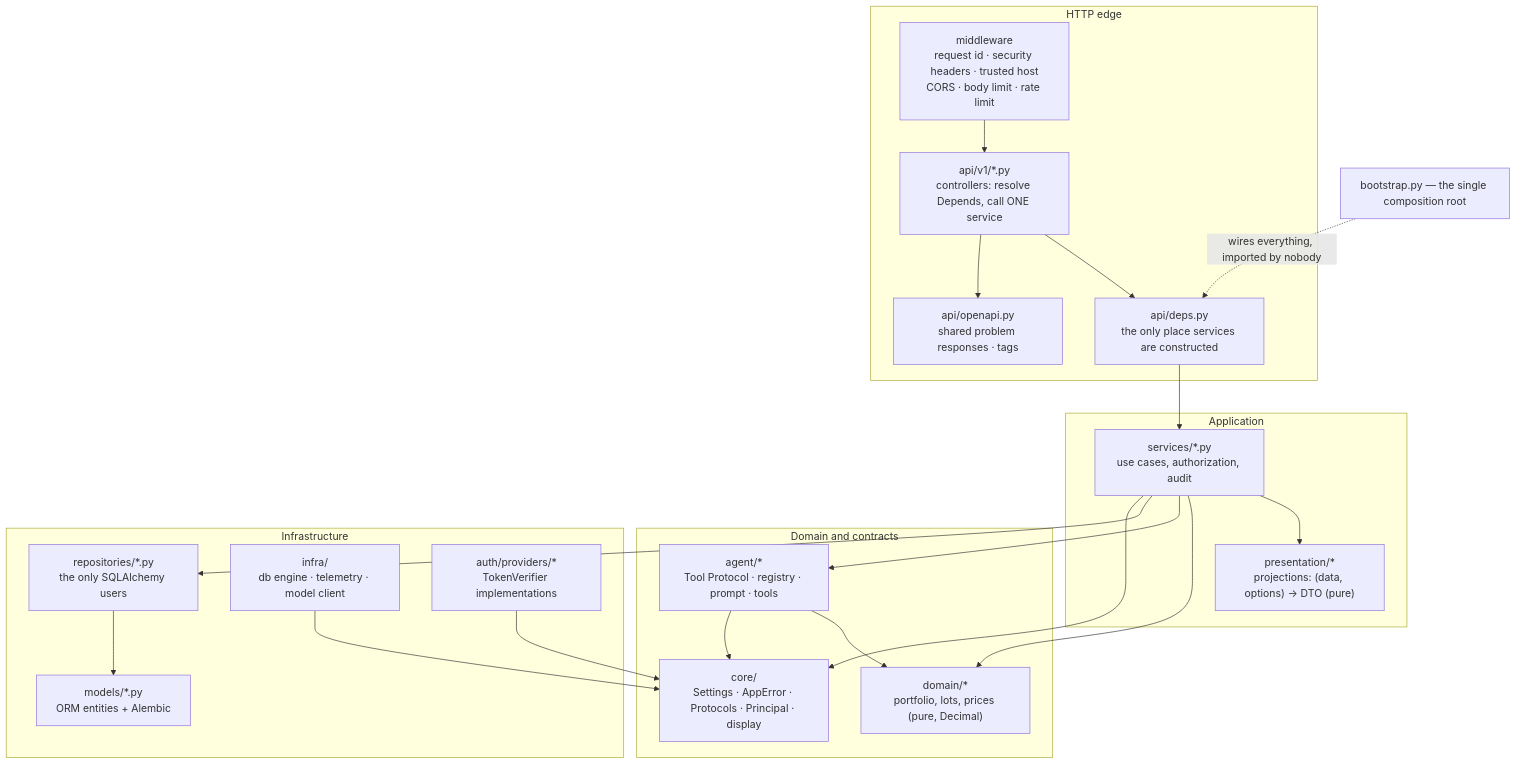
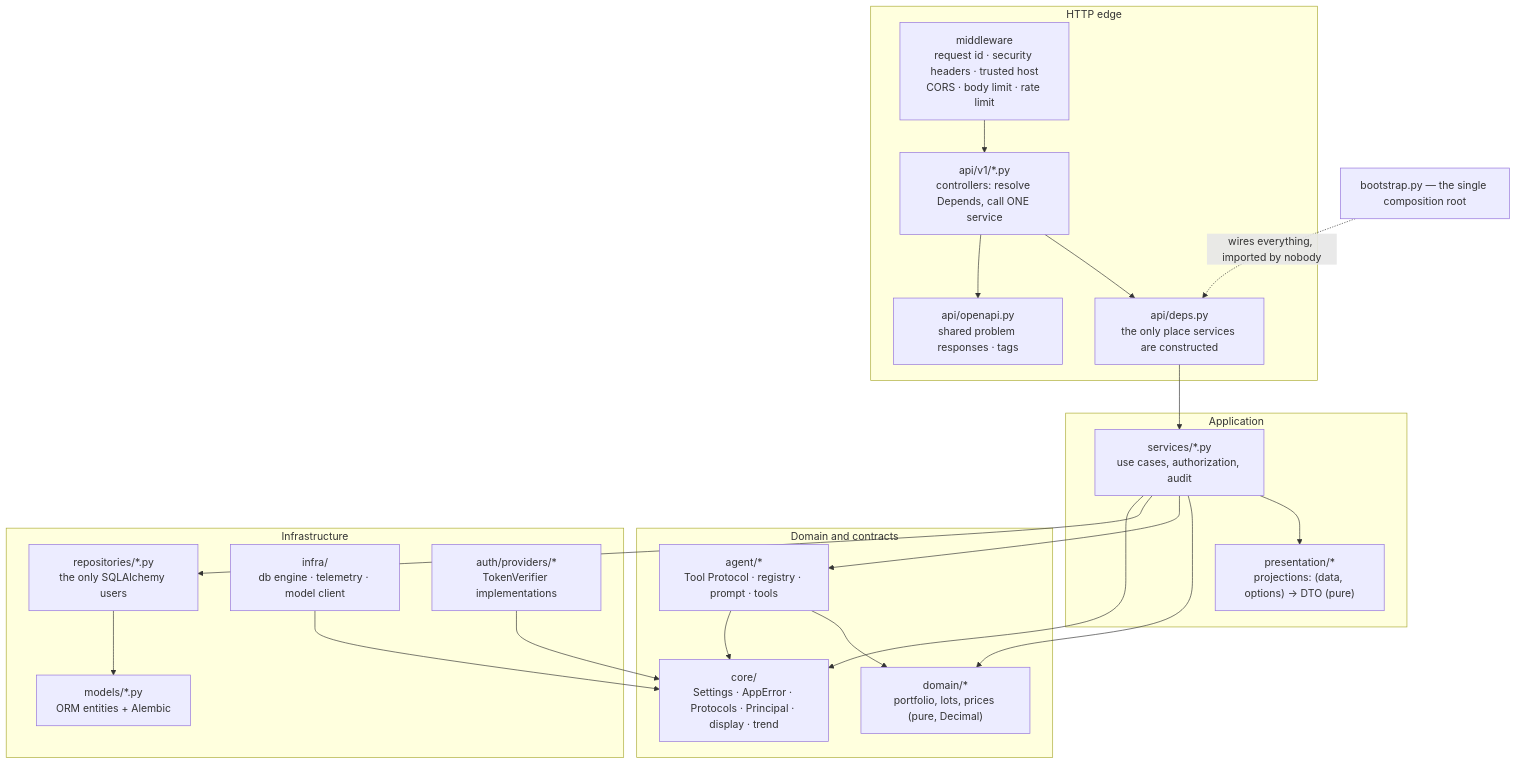
Before and after one commit to somnio-projects/finance-google-a2ui: the diagram in docs/diagrams/03-backend-layers.md, drawn with Mermaid. The commit also changed 13 other files, not shown here.

````diff
--- a/docs/diagrams/03-backend-layers.md
+++ b/docs/diagrams/03-backend-layers.md
@@ -5,43 +5,43 @@
 ```mermaid
 flowchart TB
     subgraph http["HTTP edge"]
         mw["middleware<br/>request id · security headers · trusted host<br/>CORS · body limit · rate limit"]
         ctl["api/v1/*.py<br/>controllers: resolve Depends, call ONE service"]
         deps["api/deps.py<br/>the only place services are constructed"]
         oapi["api/openapi.py<br/>shared problem responses · tags"]
     end
     subgraph app["Application"]
         svc["services/*.py<br/>use cases, authorization, audit"]
         pres["presentation/*<br/>projections: (data, options) → DTO (pure)"]
     end
     subgraph core["Domain and contracts"]
         dom["domain/*<br/>portfolio, lots, prices (pure, Decimal)"]
         agt["agent/*<br/>Tool Protocol · registry · prompt · tools"]
-        cor["core/<br/>Settings · AppError · Protocols · Principal · display"]
+        cor["core/<br/>Settings · AppError · Protocols · Principal · display · trend"]
     end
     subgraph infra["Infrastructure"]
         repo["repositories/*.py<br/>the only SQLAlchemy users"]
         mdl["models/*.py<br/>ORM entities + Alembic"]
         adp["infra/<br/>db engine · telemetry · model client"]
         auth["auth/providers/*<br/>TokenVerifier implementations"]
     end
     boot["bootstrap.py — the single composition root"]
 
     mw --> ctl --> deps
     ctl --> oapi
     deps --> svc
     svc --> pres
     svc --> dom
     svc --> agt --> dom
     svc --> repo --> mdl
     svc --> cor
     agt --> cor
     adp --> cor
     auth --> cor
     boot -.->|"wires everything, imported by nobody"| deps
 
     %% Forbidden and checked in review: services importing FastAPI/SQLAlchemy,
     %% controllers importing repositories, presenters doing I/O.
     %% agent/ is an inner layer beside domain/: core + domain only, nothing
     %% outward — asserted over the parsed source by the boundary tests.
 ```
````
